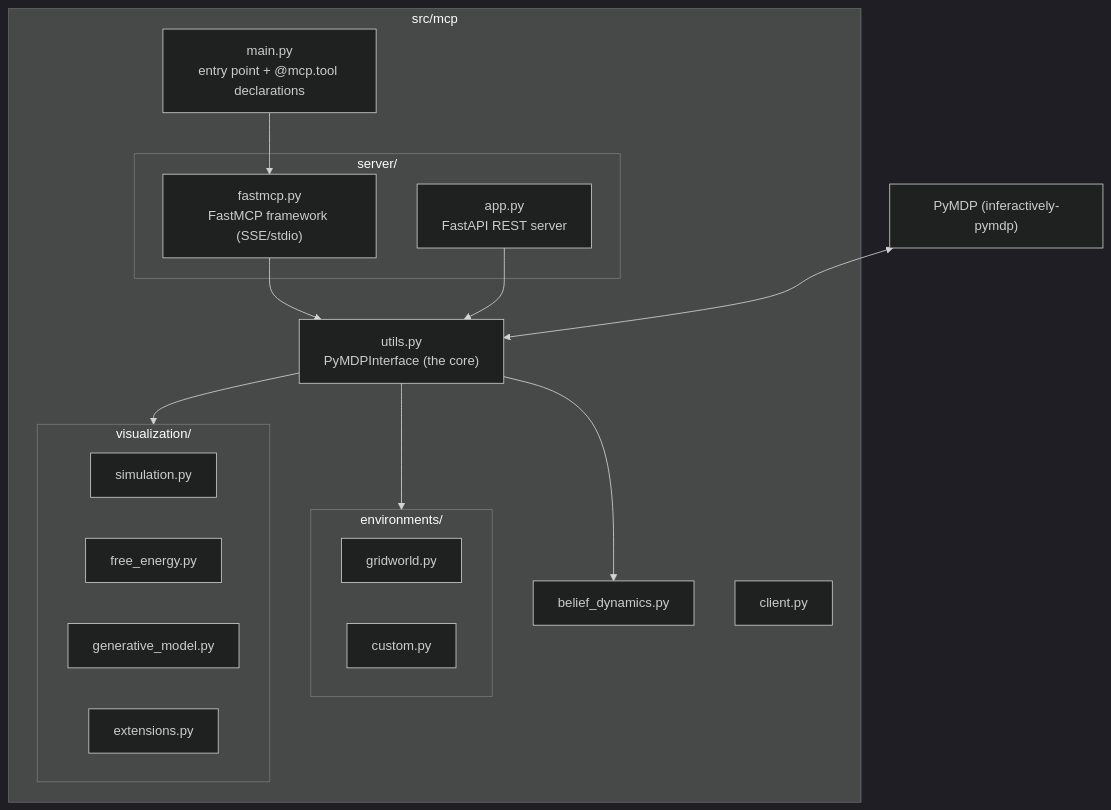
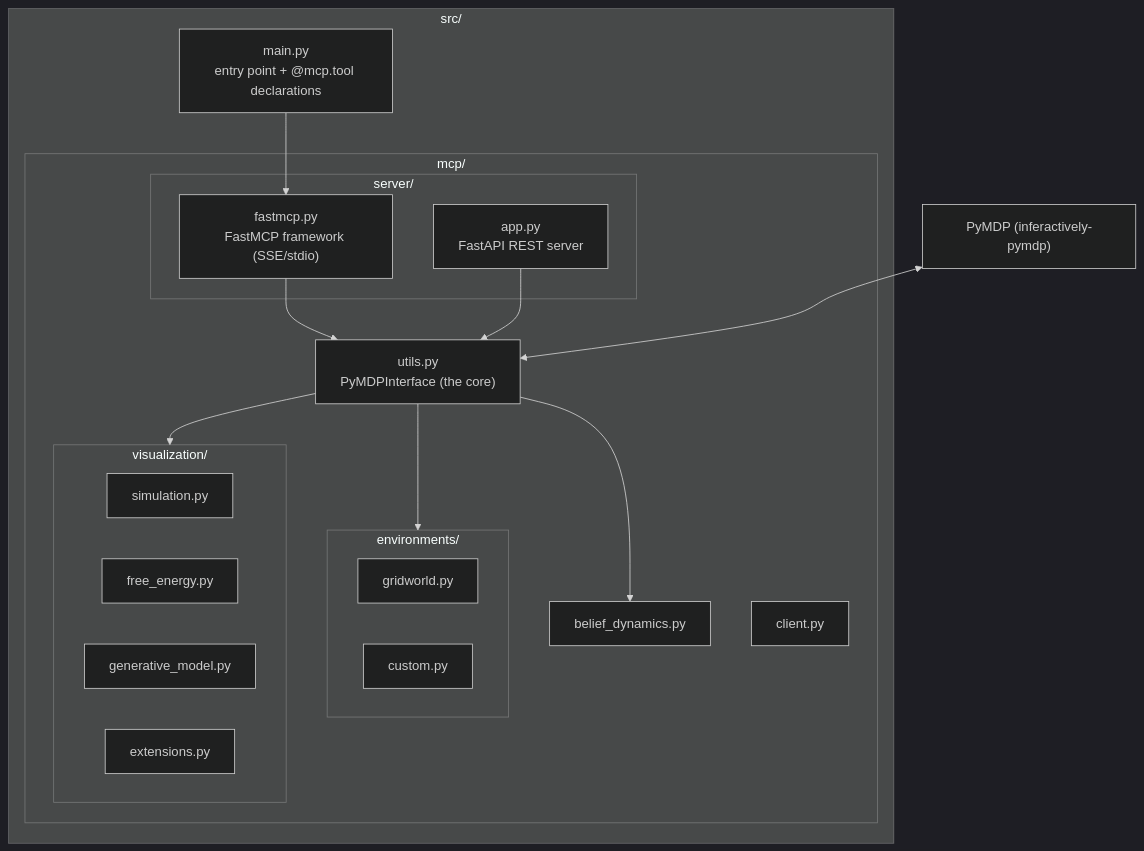
One commit to ActiveInferenceInstitute/pymcp changed the first of 3 diagrams in docs/ARCHITECTURE.md. Above: the diagram before and after it, drawn with Mermaid (dark theme). The commit also changed 3 other files, not shown here.

````diff
--- a/docs/ARCHITECTURE.md
+++ b/docs/ARCHITECTURE.md
@@ -9,31 +9,33 @@
 ```mermaid
 flowchart TD
-    subgraph src["src/mcp"]
+    subgraph src["src/"]
         main["main.py<br/>entry point + @mcp.tool declarations"]
-        subgraph server["server/"]
-            fastmcp["fastmcp.py<br/>FastMCP framework (SSE/stdio)"]
-            app["app.py<br/>FastAPI REST server"]
+        subgraph mcp["mcp/"]
+            subgraph server["server/"]
+                fastmcp["fastmcp.py<br/>FastMCP framework (SSE/stdio)"]
+                app["app.py<br/>FastAPI REST server"]
+            end
+            utils["utils.py<br/>PyMDPInterface (the core)"]
+            subgraph envs["environments/"]
+                grid["gridworld.py"]
+                custom["custom.py"]
+            end
+            subgraph viz["visualization/"]
+                sim["simulation.py"]
+                fe["free_energy.py"]
+                gm["generative_model.py"]
+                ext["extensions.py"]
+            end
+            belief["belief_dynamics.py"]
+            client["client.py"] 
         end
-        utils["utils.py<br/>PyMDPInterface (the core)"]
-        subgraph envs["environments/"]
-            grid["gridworld.py"]
-            custom["custom.py"]
-        end
-        subgraph viz["visualization/"]
-            sim["simulation.py"]
-            fe["free_energy.py"]
-            gm["generative_model.py"]
-            ext["extensions.py"]
-        end
-        belief["belief_dynamics.py"]
-        client["client.py"] 
     end
 
     main --> fastmcp
     fastmcp --> utils
     app --> utils
     utils --> envs
     utils --> viz
     utils --> belief
     parser["PyMDP (inferactively-pymdp)"] <--> utils
 ```
````
